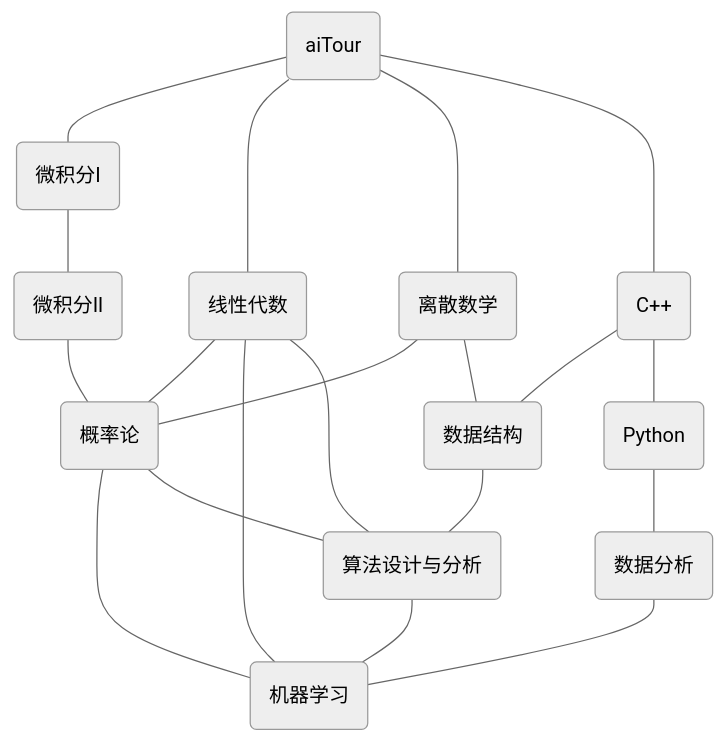
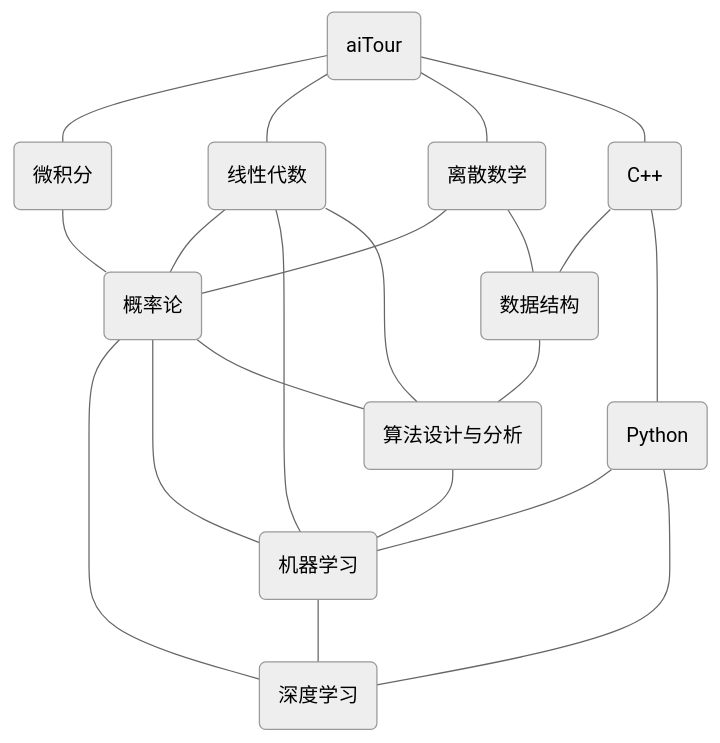
One commit to KinnariyaMamaTanha/aiTour changed the diagram in docs/learning-path.md. Above: the diagram before and after it, drawn with Mermaid (neutral theme). The commit also changed other lines of this file and 17 other files, not shown here.

````diff
--- a/docs/learning-path.md
+++ b/docs/learning-path.md
@@ -5,48 +5,47 @@
 ```mermaid
 graph TD
     aiTour(aiTour)
     A(C++)
     B(Python)
-    C(微积分Ⅰ)
+    C(微积分)
     D(线性代数)
     E(离散数学)
     F(算法设计与分析)
     G(数据结构)
-    H(数据分析)
-    I(概率论)
-    J(机器学习)
-    K(微积分Ⅱ)
+    H(概率论)
+    I(机器学习)
+    J(深度学习)
 
     click aiTour "../"
     click A "../da-yi-shang/c++/"
     click B "../da-yi-shang/python/"
     click C "../da-yi-shang/calculus-1/"
     click D "../da-yi-shang/linear-algebra/"
     click E "../da-yi-shang/discrete-math/"
     click F "../da-yi-han-jia/algorithm/"
     click G "../da-yi-han-jia/data-structure/"
-    click H "../da-yi-han-jia/data-analysis/"
-    click I "../da-yi-xia/probability/"
-    click J "../da-yi-xia/machine-learning/"
-    click K "../da-yi-xia/calculus-2/"
+    click H "../da-yi-xia/probability/"
+    click I "../da-yi-xia/machine-learning/"
+    click J "../da-yi-xia/deep-learning/"
 
     aiTour---C
     aiTour---D
     aiTour---E
     aiTour---A
     A---G
     A---B
-    B---H
-    C---K
+    B---I
+    B---J
+    C---H
+    D---H
     D---I
-    D---J
     D---F
-    E---I
+    E---H
     E---G
-    F---J
+    F---I
     G---F
     H---J
+    H---I
+    H---F
     I---J
-    I---F
-    K---I
 ```
````
